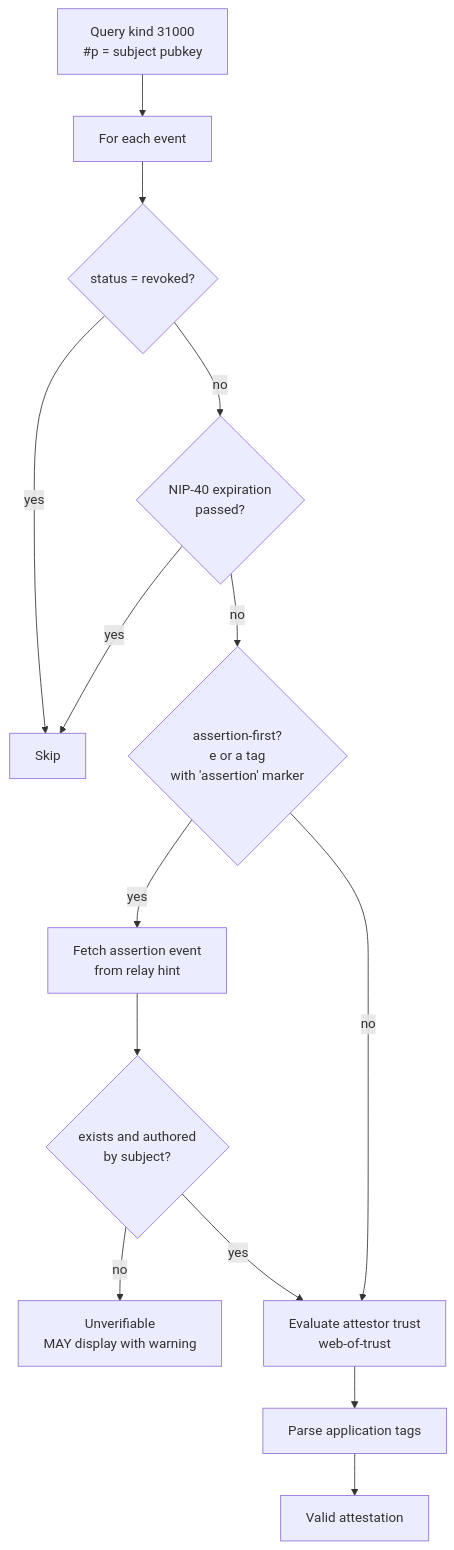
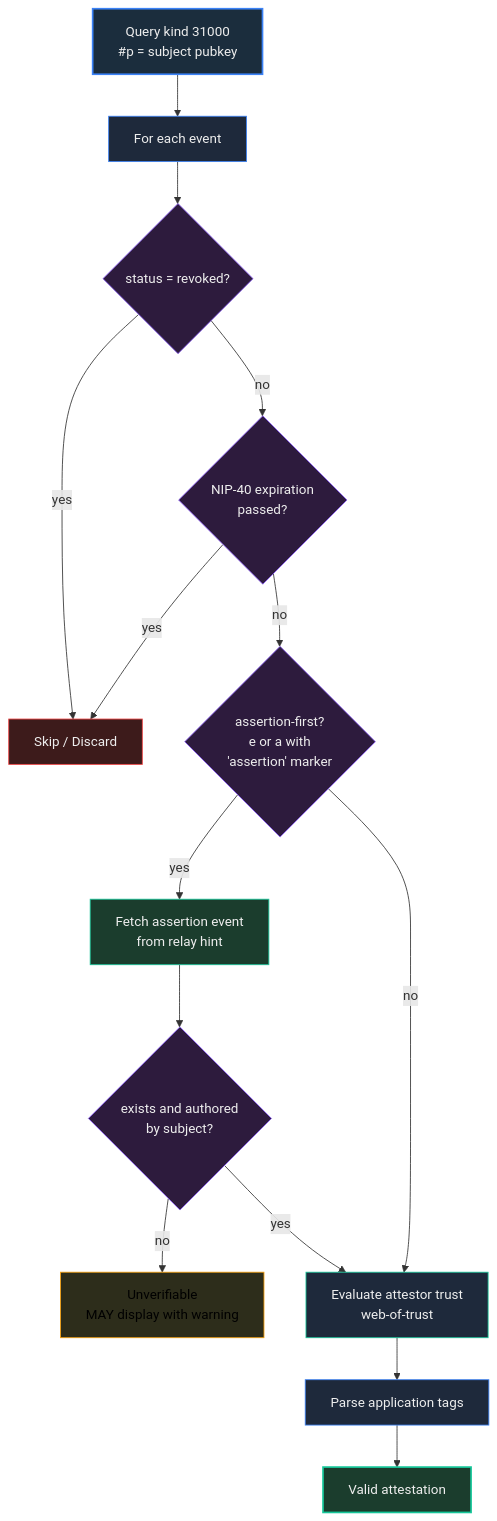
One commit to forgesworn/nostr-attestations changed the diagram in assets/verification-flow.mmd. Above: the diagram before and after it, drawn with Mermaid. The commit also changed 8 other files, not shown here.

First line of the commit message:
chore: ForgeSworn-styled diagrams, auto-sync workflow to nip-drafts

```diff
--- a/assets/verification-flow.mmd
+++ b/assets/verification-flow.mmd
@@ -1,14 +1,27 @@
 flowchart TD
     Q["Query kind 31000\n#p = subject pubkey"] --> S[For each event]
     S --> RV{status = revoked?}
-    RV -- yes --> SKIP[Skip]
+    RV -- yes --> SKIP[Skip / Discard]
     RV -- no --> EX{NIP-40 expiration\npassed?}
     EX -- yes --> SKIP
-    EX -- no --> AF{"assertion-first?\ne or a tag\nwith 'assertion' marker"}
+    EX -- no --> AF{"assertion-first?\ne or a with\n'assertion' marker"}
     AF -- yes --> FA["Fetch assertion event\nfrom relay hint"]
     FA --> FX{"exists and authored\nby subject?"}
     FX -- no --> UN["Unverifiable\nMAY display with warning"]
     FX -- yes --> WOT
     AF -- no --> WOT["Evaluate attestor trust\nweb-of-trust"]
     WOT --> APP[Parse application tags]
     APP --> VALID[Valid attestation]
+
+    style Q fill:#1b2d3d,stroke:#3b82f6,color:#eee,stroke-width:2px
+    style S fill:#1e293b,stroke:#3b82f6,color:#eee
+    style RV fill:#2d1b3d,stroke:#8b5cf6,color:#eee
+    style EX fill:#2d1b3d,stroke:#8b5cf6,color:#eee
+    style AF fill:#2d1b3d,stroke:#8b5cf6,color:#eee
+    style SKIP fill:#3d1b1b,stroke:#ef4444,color:#eee
+    style FA fill:#1b3d2d,stroke:#16c79a,color:#eee
+    style FX fill:#2d1b3d,stroke:#8b5cf6,color:#eee
+    style UN fill:#2d2d1b,stroke:#f59e0b,color:#000
+    style WOT fill:#1e293b,stroke:#16c79a,color:#eee
+    style APP fill:#1e293b,stroke:#3b82f6,color:#eee
+    style VALID fill:#1b3d2d,stroke:#16c79a,color:#eee,stroke-width:2px
```
